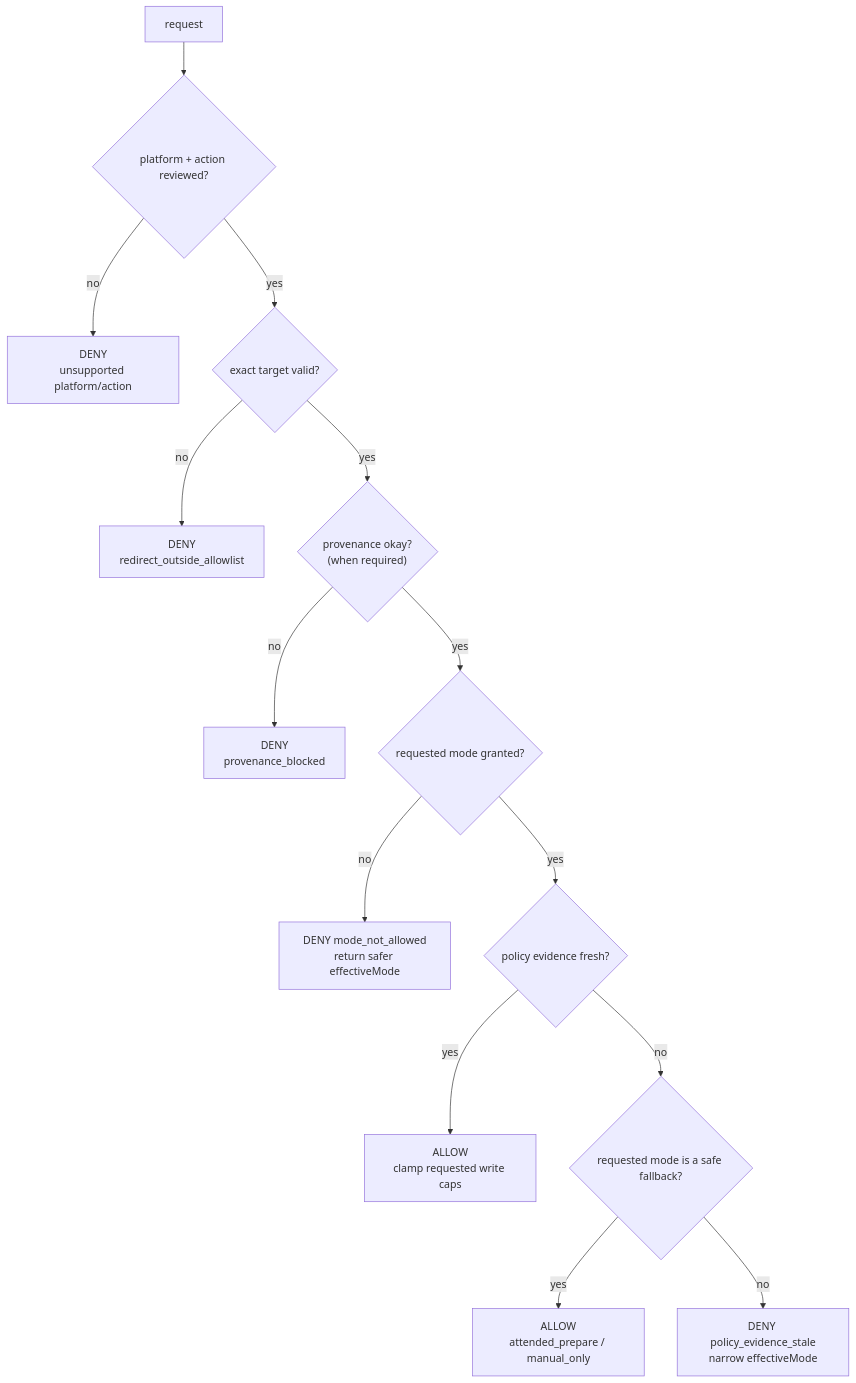
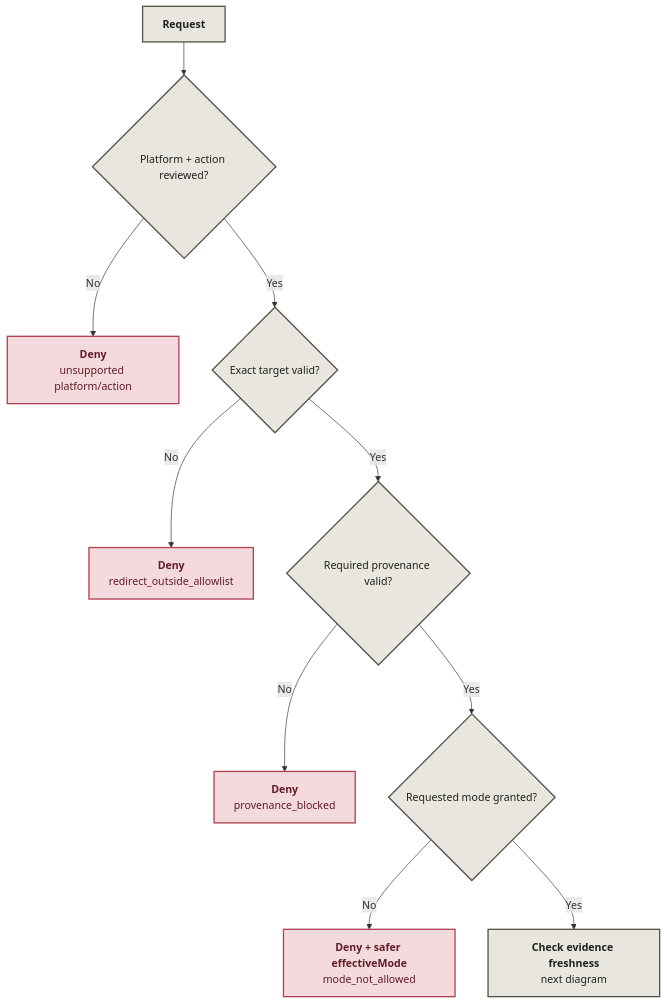
The first of 3 diagrams in README.md (Niyam-Paneru/agent-policy-core), drawn with Mermaid before and after one commit. The commit also changed other lines of this file, not shown here.

Commit message:
docs: clarify samples and repair README flow

````diff
--- a/README.md
+++ b/README.md
@@ -9,16 +11,17 @@
 ```mermaid
 flowchart TD
-    A["request"] --> B{"platform + action reviewed?"}
-    B -- no --> D["DENY<br/>unsupported platform/action"]
-    B -- yes --> C{"exact target valid?"}
-    C -- no --> E["DENY<br/>redirect_outside_allowlist"]
-    C -- yes --> P{"provenance okay?<br/>(when required)"}
-    P -- no --> Q["DENY<br/>provenance_blocked"]
-    P -- yes --> M{"requested mode granted?"}
-    M -- no --> N["DENY mode_not_allowed<br/>return safer effectiveMode"]
-    M -- yes --> F{"policy evidence fresh?"}
-    F -- yes --> G["ALLOW<br/>clamp requested write caps"]
-    F -- no --> S{"requested mode is a safe fallback?"}
-    S -- yes --> H["ALLOW<br/>attended_prepare / manual_only"]
-    S -- no --> I["DENY policy_evidence_stale<br/>narrow effectiveMode"]
+    A["<b>Request</b>"] --> B{"Platform + action reviewed?"}
+    B -- No --> D["<b>Deny</b><br/>unsupported platform/action"]
+    B -- Yes --> C{"Exact target valid?"}
+    C -- No --> E["<b>Deny</b><br/>redirect_outside_allowlist"]
+    C -- Yes --> P{"Required provenance valid?"}
+    P -- No --> Q["<b>Deny</b><br/>provenance_blocked"]
+    P -- Yes --> M{"Requested mode granted?"}
+    M -- No --> N["<b>Deny + safer effectiveMode</b><br/>mode_not_allowed"]
+    M -- Yes --> F["<b>Check evidence freshness</b><br/>next diagram"]
+    classDef input fill:#e8e6df,stroke:#55534a,color:#20201d,stroke-width:2px;
+    classDef pass fill:#d2e5d8,stroke:#38734d,color:#183923,stroke-width:2px;
+    classDef stop fill:#f4dadd,stroke:#b14253,color:#611c29,stroke-width:2px;
+    class A,B,C,P,M,F input;
+    class D,E,Q,N stop;
 ```
````
